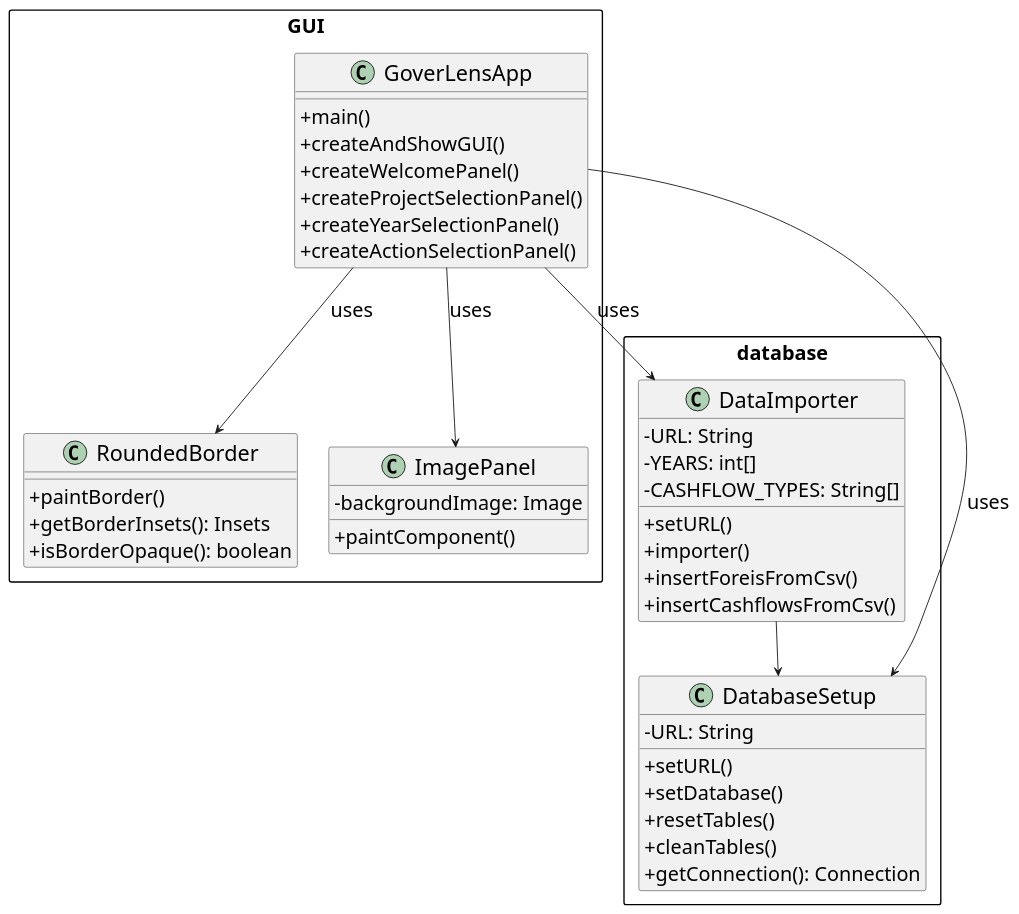
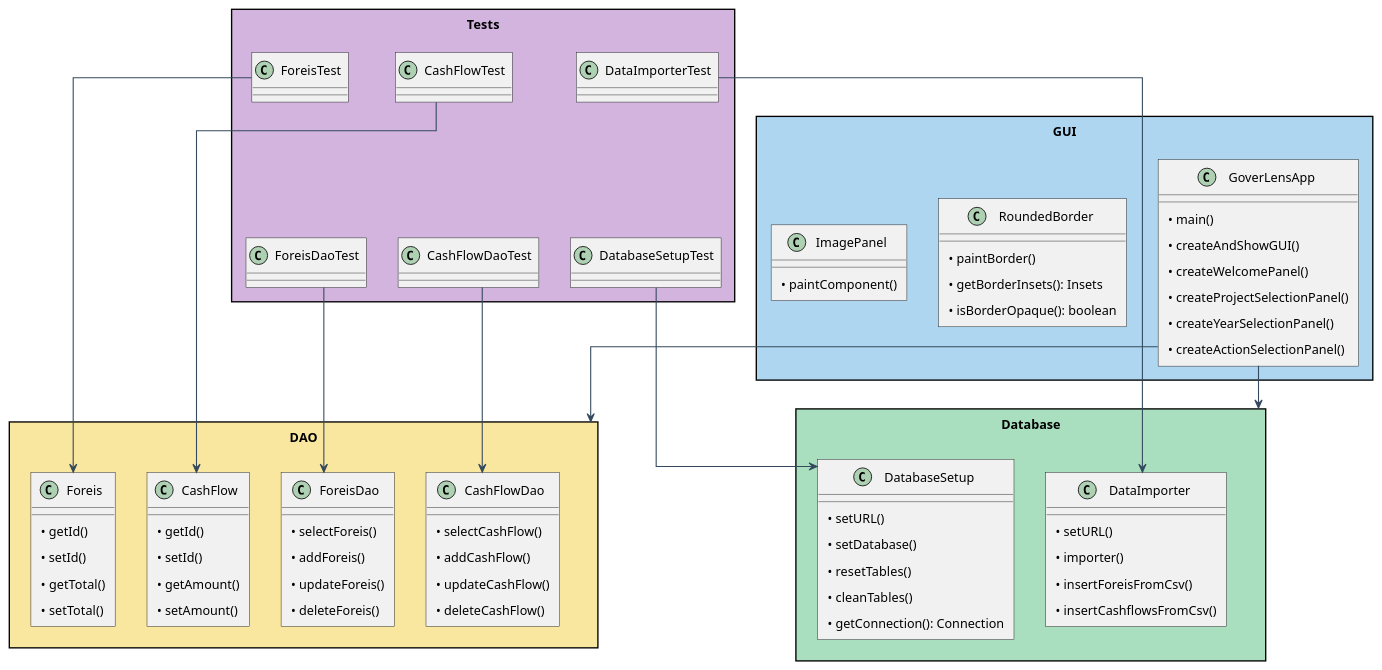
The diagram in project_diagram.puml (FilothodorosChristos/404_NOT_FOUND), drawn with PlantUML before and after one commit. The commit also changed 1 other file, not shown here.

Commit message:
make changes to out uml graph

```diff
--- a/project_diagram.puml
+++ b/project_diagram.puml
@@ -1,62 +1,112 @@
 @startuml
+skinparam packageStyle rectangle
+skinparam roundcorner 0
+skinparam shadowing false
+skinparam ArrowColor #34495E
+skinparam ArrowThickness 1.2
+skinparam classFontSize 16
+skinparam defaultFontSize 14
+skinparam padding 5
+skinparam packagePadding 10
+skinparam packageMargin 10
+skinparam classAttributeIconSize 0
+skinparam tightVSpacing true
+skinparam linetype ortho
 
-skinparam defaultFontSize 22
-skinparam classFontSize 24
-skinparam arrowFontSize 22
-skinparam titleFontSize 26
-skinparam packageStyle rectangle
-skinparam classAttributeIconSize 0
-
-package "GUI" {
-
+' ===== GUI =====
+package "GUI" #AED6F1 {
     class GoverLensApp {
-        +main()
-        +createAndShowGUI()
-        +createWelcomePanel()
-        +createProjectSelectionPanel()
-        +createYearSelectionPanel()
-        +createActionSelectionPanel()
+        • main()
+        • createAndShowGUI()
+        • createWelcomePanel()
+        • createProjectSelectionPanel()
+        • createYearSelectionPanel()
+        • createActionSelectionPanel()
     }
 
     class RoundedBorder {
-        +paintBorder()
-        +getBorderInsets(): Insets
-        +isBorderOpaque(): boolean
+        • paintBorder()
+        • getBorderInsets(): Insets
+        • isBorderOpaque(): boolean
     }
 
     class ImagePanel {
-        -backgroundImage: Image
-        +paintComponent()
+        • paintComponent()
     }
 }
 
-package "database" {
+' ===== DAO =====
+package "DAO" #F9E79F {
+    class CashFlow {
+        • getId()
+        • setId()
+        • getAmount()
+        • setAmount()
+    }
 
+    class CashFlowDao {
+        • selectCashFlow()
+        • addCashFlow()
+        • updateCashFlow()
+        • deleteCashFlow()
+    }
+
+    class Foreis {
+        • getId()
+        • setId()
+        • getTotal()
+        • setTotal()
+    }
+
+    class ForeisDao {
+        • selectForeis()
+        • addForeis()
+        • updateForeis()
+        • deleteForeis()
+    }
+}
+
+' ===== Database =====
+package "Database" #A9DFBF {
     class DatabaseSetup {
-        -URL: String
-        +setURL()
-        +setDatabase()
-        +resetTables()
-        +cleanTables()
-        +getConnection(): Connection
+        • setURL()
+        • setDatabase()
+        • resetTables()
+        • cleanTables()
+        • getConnection(): Connection
     }
 
     class DataImporter {
-        -URL: String
-        -YEARS: int[]
-        -CASHFLOW_TYPES: String[]
-        +setURL()
-        +importer()
-        +insertForeisFromCsv()
-        +insertCashflowsFromCsv()
+        • setURL()
+        • importer()
+        • insertForeisFromCsv()
+        • insertCashflowsFromCsv()
     }
 }
 
-GoverLensApp --> ImagePanel : uses
-GoverLensApp --> RoundedBorder : uses
-GoverLensApp --> DataImporter : uses
-GoverLensApp --> DatabaseSetup : uses
+' ===== TESTS =====
+package "Tests" #D2B4DE {
+    class CashFlowTest
+    class CashFlowDaoTest
+    class ForeisTest
+    class ForeisDaoTest
+    class DataImporterTest
+    class DatabaseSetupTest
+}
 
-DataImporter --> DatabaseSetup
+' ===== ΟΜΑΔΟΠΟΙΗΣΗ ΓΙΑ COMPACT =====
+CashFlowTest -[hidden]-> CashFlowDaoTest
+ForeisTest -[hidden]-> ForeisDaoTest
+DataImporterTest -[hidden]-> DatabaseSetupTest
 
+' ===== ΣΥΝΔΕΣΕΙΣ =====
+GoverLensApp --> DAO
+GoverLensApp --> Database
+
+CashFlowTest --> CashFlow
+CashFlowDaoTest --> CashFlowDao
+ForeisTest --> Foreis
+ForeisDaoTest --> ForeisDao
+DataImporterTest --> DataImporter
+DatabaseSetupTest --> DatabaseSetup
 @enduml
```
